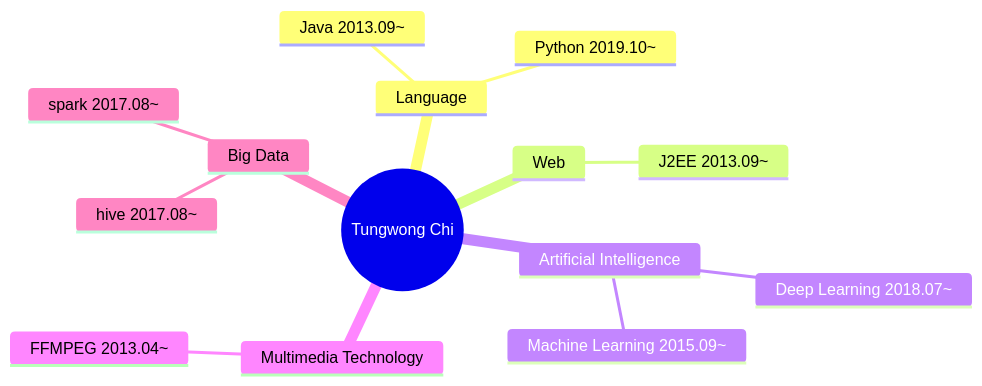
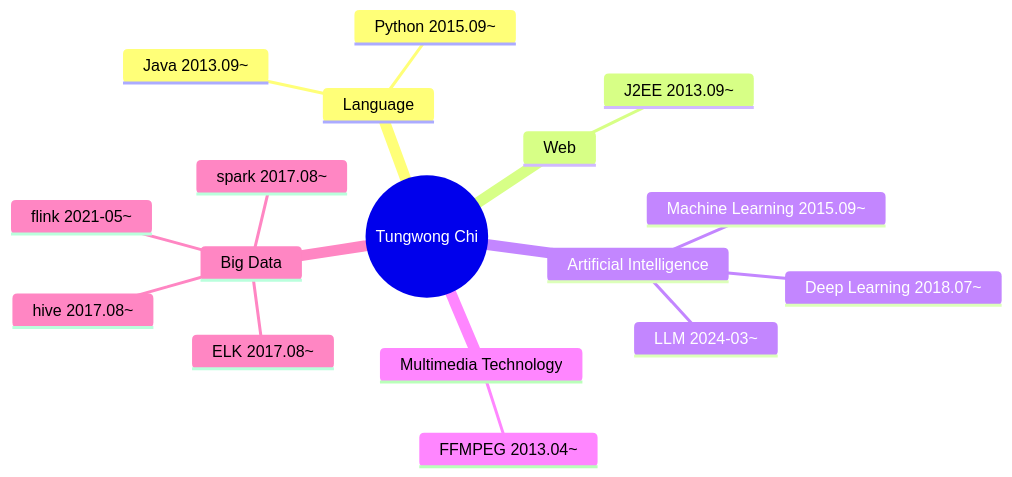
The diagram in introduction.md (tungwongchi/blog), drawn with Mermaid before and after one commit.

````diff
--- a/introduction.md
+++ b/introduction.md
@@ -7,23 +7,26 @@
 ```mermaid
 mindmap
 root((Tungwong Chi))
 
     Language
         Java 2013.09~
-        Python 2019.10~
+        Python 2015.09~
 
     Web
         J2EE 2013.09~
 
     Artificial Intelligence
         Machine Learning 2015.09~
         Deep Learning 2018.07~
+        LLM 2024-03~
 
     Multimedia Technology
         FFMPEG 2013.04~
 
     Big Data
         hive 2017.08~
         spark 2017.08~
+        ELK 2017.08~
+        flink 2021-05~
 
 ```
````
